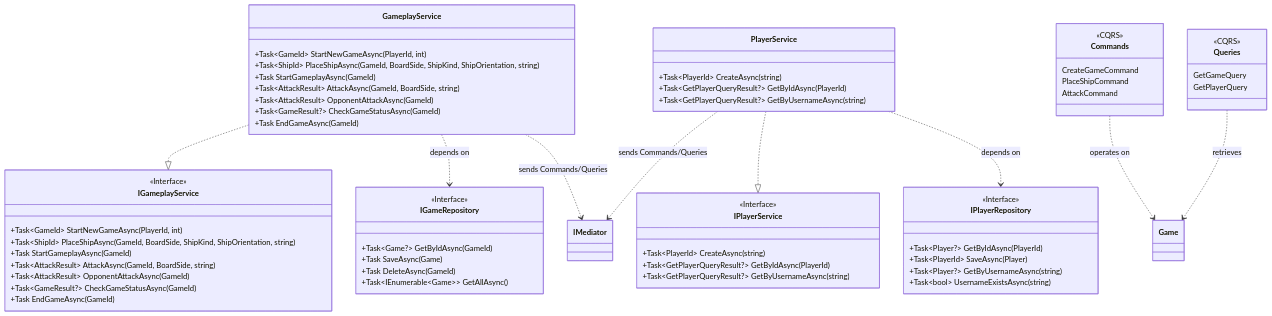
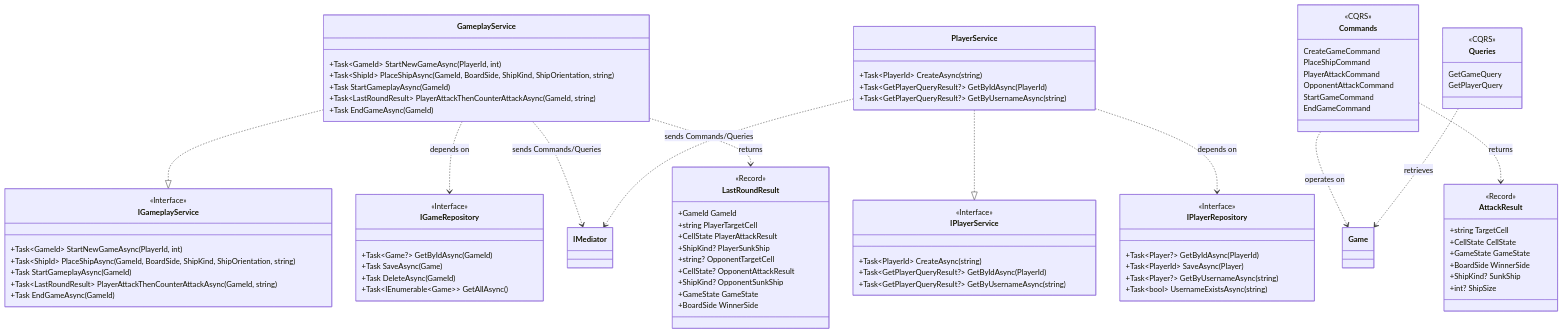
One commit to wahidshalaly/battleship-game changed the second of 3 diagrams in docs/design.md. Above: the diagram before and after it, drawn with Mermaid. The commit also changed other lines of this file and 15 other files, not shown here.

````diff
--- a/docs/design.md
+++ b/docs/design.md
@@ -147,9 +154,7 @@
         +Task~GameId~ StartNewGameAsync(PlayerId, int)
         +Task~ShipId~ PlaceShipAsync(GameId, BoardSide, ShipKind, ShipOrientation, string)
         +Task StartGameplayAsync(GameId)
-        +Task~AttackResult~ AttackAsync(GameId, BoardSide, string)
-        +Task~AttackResult~ OpponentAttackAsync(GameId)
-        +Task~GameResult?~ CheckGameStatusAsync(GameId)
+        +Task~LastRoundResult~ PlayerAttackThenCounterAttackAsync(GameId, string)
         +Task EndGameAsync(GameId)
     }
 
@@ -157,10 +162,31 @@
         +Task~GameId~ StartNewGameAsync(PlayerId, int)
         +Task~ShipId~ PlaceShipAsync(GameId, BoardSide, ShipKind, ShipOrientation, string)
         +Task StartGameplayAsync(GameId)
-        +Task~AttackResult~ AttackAsync(GameId, BoardSide, string)
-        +Task~AttackResult~ OpponentAttackAsync(GameId)
-        +Task~GameResult?~ CheckGameStatusAsync(GameId)
+        +Task~LastRoundResult~ PlayerAttackThenCounterAttackAsync(GameId, string)
         +Task EndGameAsync(GameId)
+    }
+
+    class AttackResult {
+        <<Record>>
+        +string TargetCell
+        +CellState CellState
+        +GameState GameState
+        +BoardSide WinnerSide
+        +ShipKind? SunkShip
+        +int? ShipSize
+    }
+
+    class LastRoundResult {
+        <<Record>>
+        +GameId GameId
+        +string PlayerTargetCell
+        +CellState PlayerAttackResult
+        +ShipKind? PlayerSunkShip
+        +string? OpponentTargetCell
+        +CellState? OpponentAttackResult
+        +ShipKind? OpponentSunkShip
+        +GameState GameState
+        +BoardSide WinnerSide
     }
 
     class IPlayerService {
@@ -198,7 +224,10 @@
         <<CQRS>>
         CreateGameCommand
         PlaceShipCommand
-        AttackCommand
+        PlayerAttackCommand
+        OpponentAttackCommand
+        StartGameCommand
+        EndGameCommand
     }
 
     class Queries {
@@ -211,8 +240,10 @@
     PlayerService ..|> IPlayerService
     GameplayService ..> IGameRepository : depends on
     GameplayService ..> IMediator : sends Commands/Queries
+    GameplayService ..> LastRoundResult : returns
     PlayerService ..> IPlayerRepository : depends on
     PlayerService ..> IMediator : sends Commands/Queries
     Commands ..> Game : operates on
+    Commands ..> AttackResult : returns
     Queries ..> Game : retrieves
 ```
````
